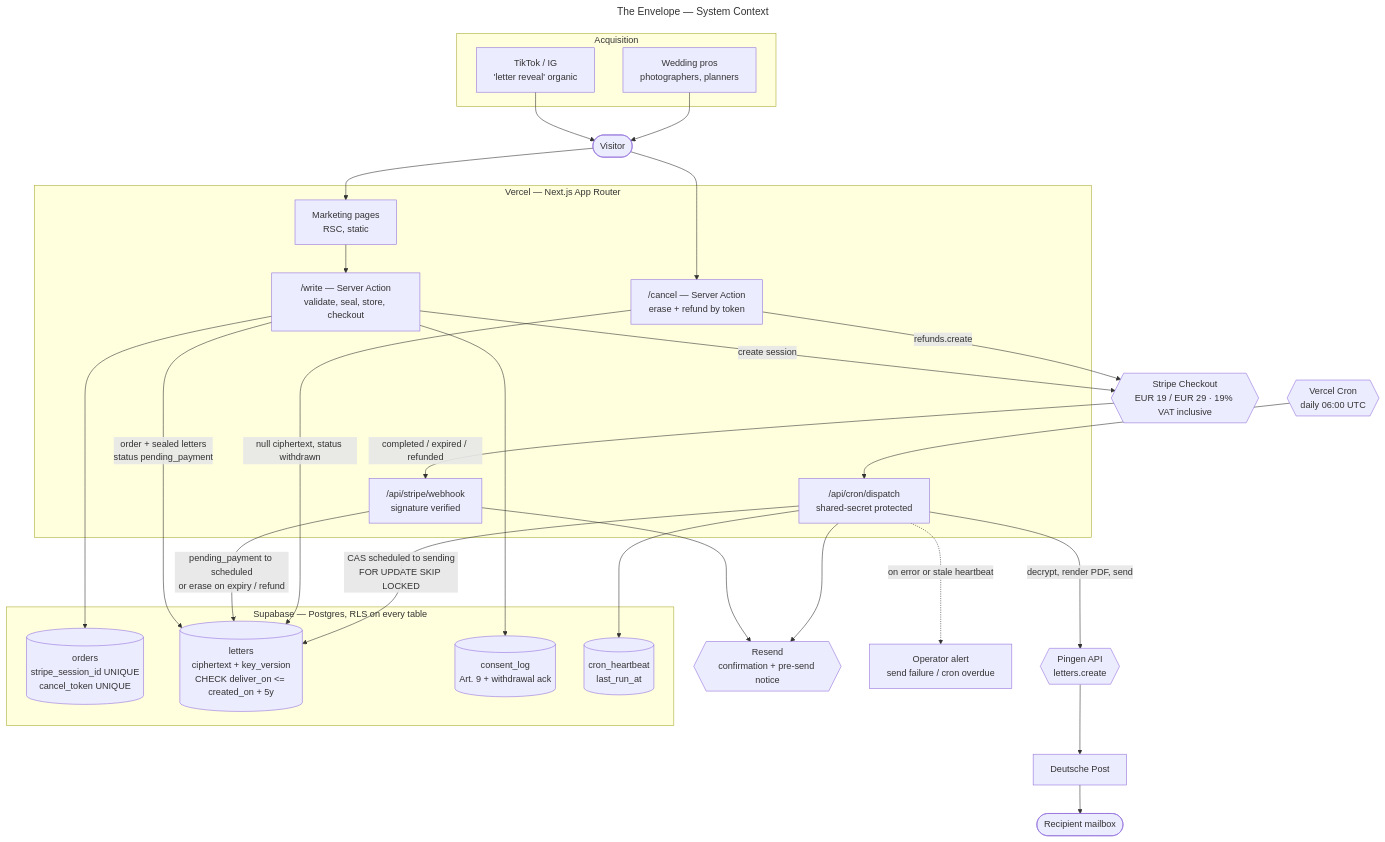
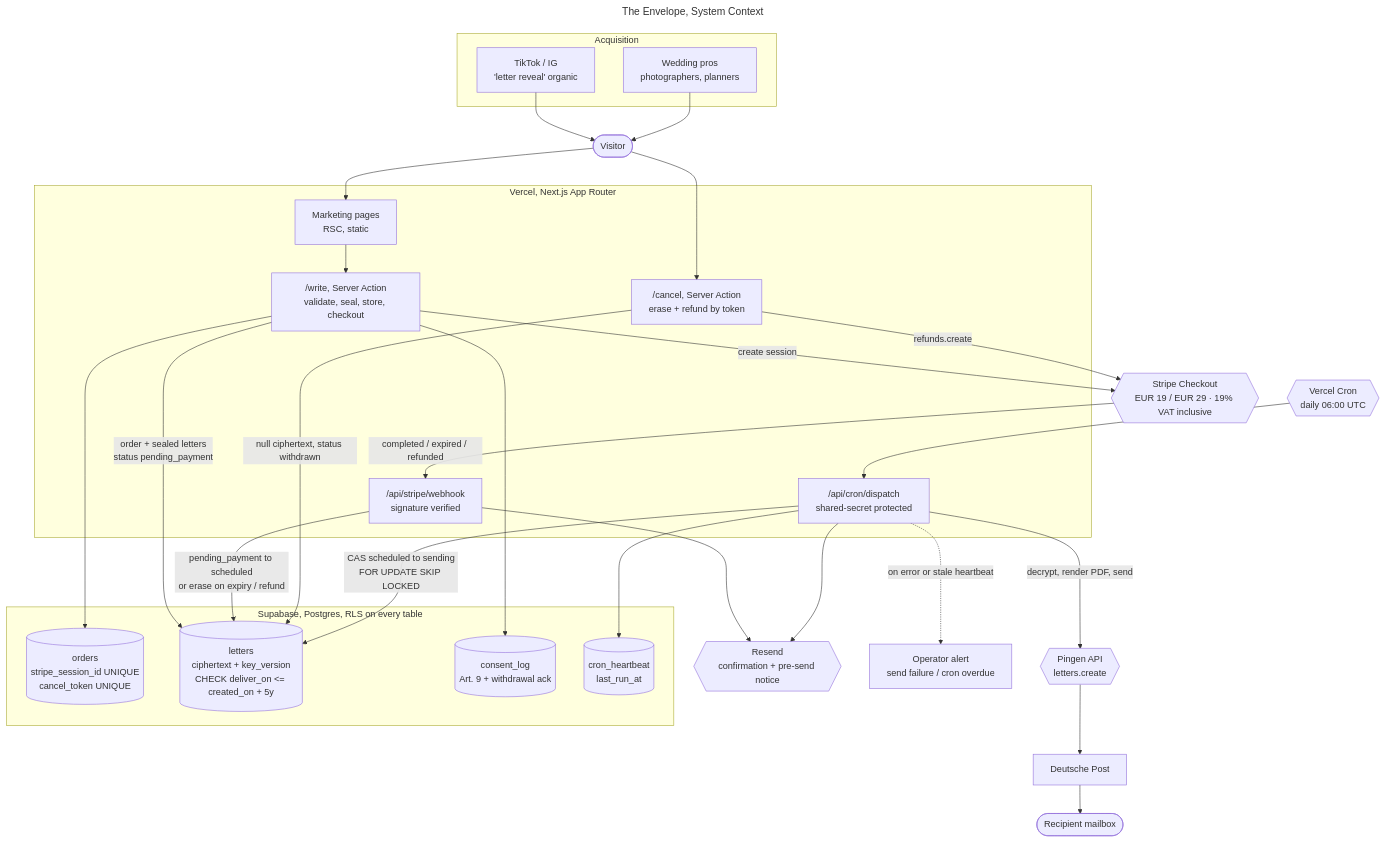
One commit to kandulanikhilvarma/the-envelope changed the diagram in docs/architecture/01-system-context.mmd. Above: the diagram before and after it, drawn with Mermaid. The commit also changed 58 other files, not shown here.

```diff
--- a/docs/architecture/01-system-context.mmd
+++ b/docs/architecture/01-system-context.mmd
@@ -1,59 +1,59 @@
 ---
-title: The Envelope — System Context
+title: The Envelope, System Context
 ---
 flowchart TB
     subgraph acq["Acquisition"]
         TT["TikTok / IG<br/>'letter reveal' organic"]
         WP["Wedding pros<br/>photographers, planners"]
     end
 
     V(["Visitor"])
     TT --> V
     WP --> V
 
-    subgraph vercel["Vercel — Next.js App Router"]
+    subgraph vercel["Vercel, Next.js App Router"]
         MKT["Marketing pages<br/>RSC, static"]
-        APP["/write — Server Action<br/>validate, seal, store, checkout"]
-        CXL["/cancel — Server Action<br/>erase + refund by token"]
+        APP["/write, Server Action<br/>validate, seal, store, checkout"]
+        CXL["/cancel, Server Action<br/>erase + refund by token"]
         HOOK["/api/stripe/webhook<br/>signature verified"]
         CRON["/api/cron/dispatch<br/>shared-secret protected"]
     end
 
     V --> MKT
     MKT --> APP
     V --> CXL
 
-    subgraph supa["Supabase — Postgres, RLS on every table"]
+    subgraph supa["Supabase, Postgres, RLS on every table"]
         ORD[("orders<br/>stripe_session_id UNIQUE<br/>cancel_token UNIQUE")]
         LET[("letters<br/>ciphertext + key_version<br/>CHECK deliver_on &lt;= created_on + 5y")]
         CON[("consent_log<br/>Art. 9 + withdrawal ack")]
         HB[("cron_heartbeat<br/>last_run_at")]
     end
 
     APP -->|"order + sealed letters<br/>status pending_payment"| LET
     APP --> ORD
     APP --> CON
     HOOK -->|"pending_payment to scheduled<br/>or erase on expiry / refund"| LET
     CXL -->|"null ciphertext, status withdrawn"| LET
     CRON -->|"CAS scheduled to sending<br/>FOR UPDATE SKIP LOCKED"| LET
     CRON --> HB
 
     STRIPE{{"Stripe Checkout<br/>EUR 19 / EUR 29 · 19% VAT inclusive"}}
     APP -->|"create session"| STRIPE
     STRIPE -->|"completed / expired / refunded"| HOOK
     CXL -->|"refunds.create"| STRIPE
 
     MAIL{{"Resend<br/>confirmation + pre-send notice"}}
     HOOK --> MAIL
     CRON --> MAIL
 
     SCHED{{"Vercel Cron<br/>daily 06:00 UTC"}}
     SCHED --> CRON
 
     PIN{{"Pingen API<br/>letters.create"}}
     CRON -->|"decrypt, render PDF, send"| PIN
     PIN --> DP["Deutsche Post"]
     DP --> RCP(["Recipient mailbox"])
 
     ALERT["Operator alert<br/>send failure / cron overdue"]
     CRON -.->|"on error or stale heartbeat"| ALERT
```
